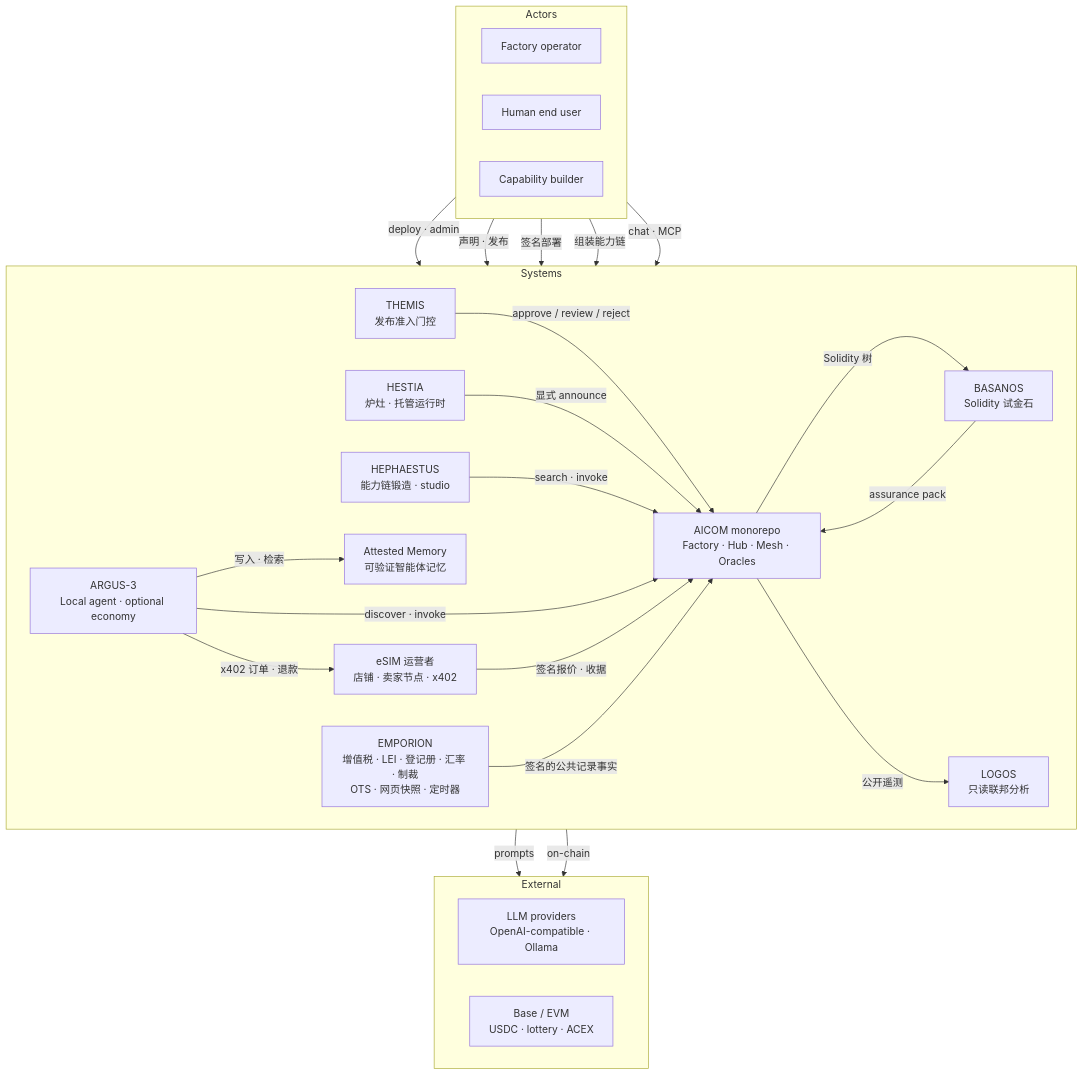
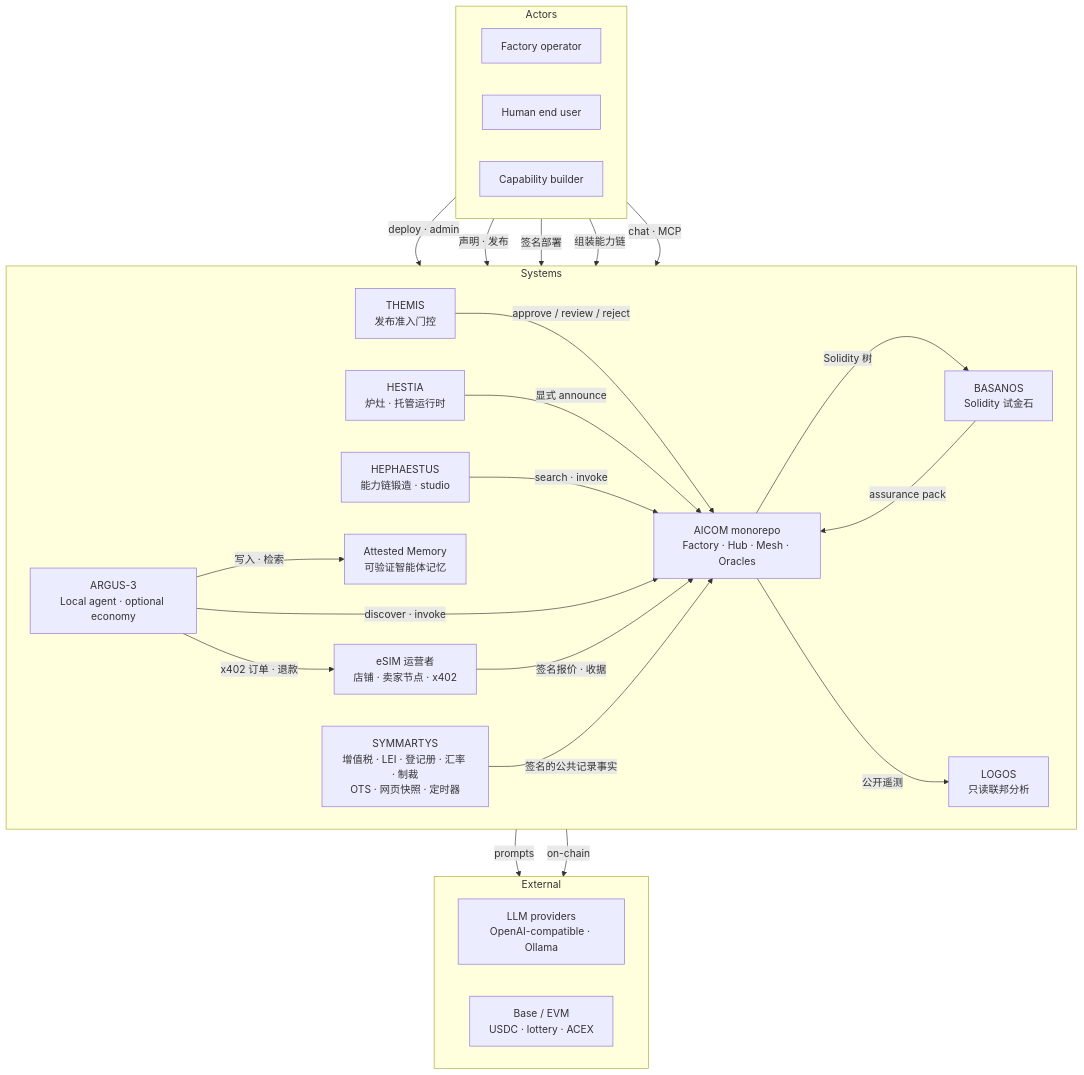
One commit to alexar76/aicom changed the second of 5 diagrams in docs/ecosystem/whitepaper/zh.md. Above: the diagram before and after it, drawn with Mermaid. The commit also changed other lines of this file and 3320 other files, not shown here.

````diff
--- a/docs/ecosystem/whitepaper/zh.md
+++ b/docs/ecosystem/whitepaper/zh.md
@@ -149,48 +149,48 @@
 ```mermaid
 flowchart TB
   subgraph actors["Actors"]
     direction LR
     operator["Factory operator"]
     enduser["Human end user"]
     builder["Capability builder"]
   end
 
   subgraph systems["Systems"]
     direction LR
     aicom["AICOM monorepo<br/>Factory · Hub · Mesh · Oracles"]
     themis["THEMIS<br/>发布准入门控"]
     hestia["HESTIA<br/>炉灶 · 托管运行时"]
     basanos["BASANOS<br/>Solidity 试金石"]
     hephaestus["HEPHAESTUS<br/>能力链锻造 · studio"]
     logos["LOGOS<br/>只读联邦分析"]
     argus["ARGUS-3<br/>Local agent · optional economy"]
     memory["Attested Memory<br/>可验证智能体记忆"]
     esim["eSIM 运营者<br/>店铺 · 卖家节点 · x402"]
-    emporion["EMPORION<br/>增值税 · LEI · 登记册 · 汇率 · 制裁<br/>OTS · 网页快照 · 定时器"]
+    symmartys["SYMMARTYS<br/>增值税 · LEI · 登记册 · 汇率 · 制裁<br/>OTS · 网页快照 · 定时器"]
   end
 
   subgraph external["External"]
     direction LR
     llm["LLM providers<br/>OpenAI-compatible · Ollama"]
     chain["Base / EVM<br/>USDC · lottery · ACEX"]
   end
 
   operator -->|deploy · admin| aicom
   builder -->|声明 · 发布| themis
   themis -->|"approve / review / reject"| aicom
   builder -->|签名部署| hestia
   hestia -->|显式 announce| aicom
   enduser -->|组装能力链| hephaestus
   hephaestus -->|search · invoke| aicom
   aicom -->|Solidity 树| basanos
   basanos -->|assurance pack| aicom
   enduser -->|chat · MCP| argus
   argus -->|discover · invoke| aicom
   argus -->|写入 · 检索| memory
   argus -->|x402 订单 · 退款| esim
   esim -->|签名报价 · 收据| aicom
-  emporion -->|签名的公共记录事实| aicom
+  symmartys -->|签名的公共记录事实| aicom
   aicom -->|公开遥测| logos
   aicom -->|prompts| llm
   aicom -->|on-chain| chain
 ```
````
